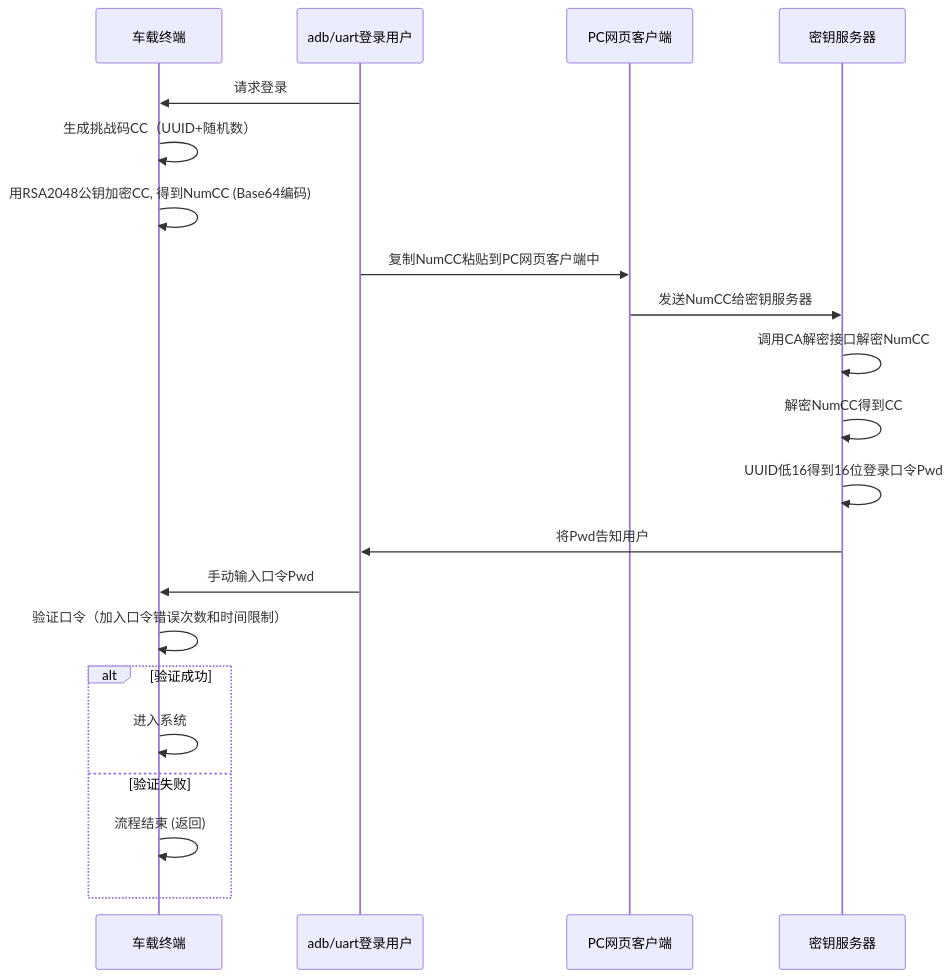
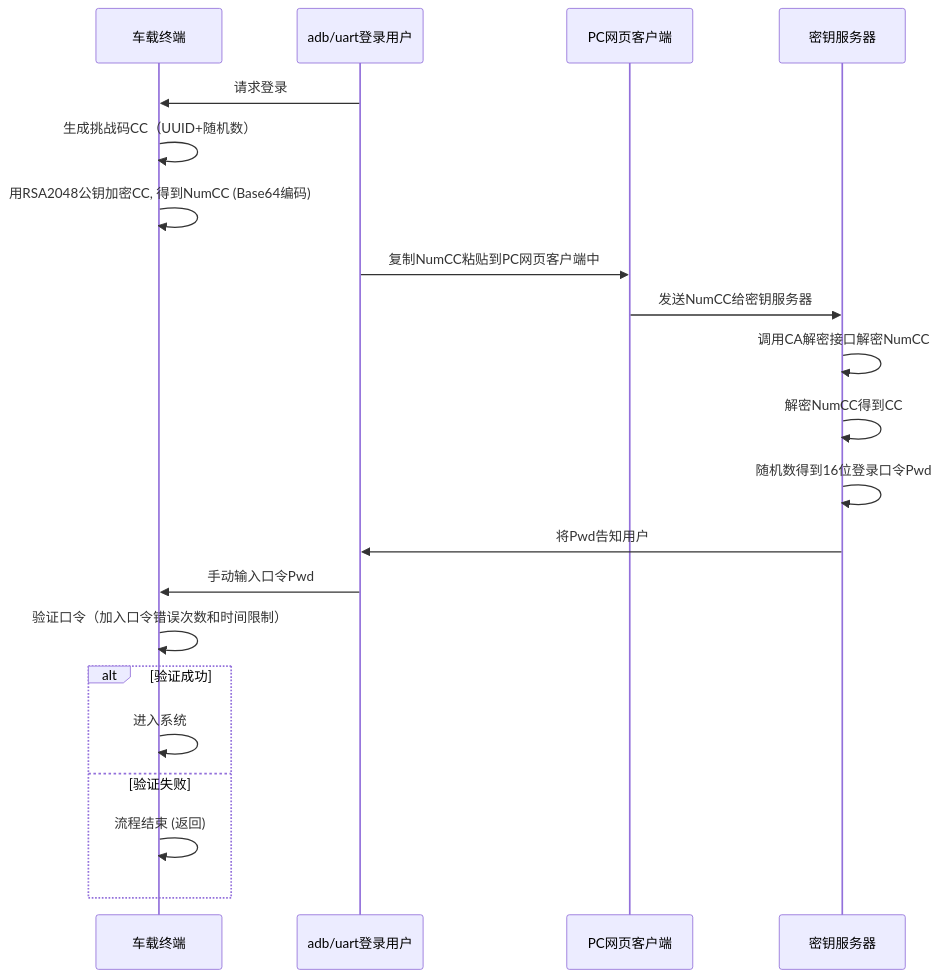
One commit to facebook-cloud/iodraw-files changed the diagram in all/未命名-14.md. Above: the diagram before and after it, drawn with Mermaid.

Commit message:
2026-02-03 13:35:29 update

````diff
--- a/all/未命名-14.md
+++ b/all/未命名-14.md
@@ -1,27 +1,27 @@
 ```mermaid
 sequenceDiagram
     participant tbox as 车载终端
     participant user as adb/uart登录用户
     participant pc as PC网页客户端
     participant tech_center as 密钥服务器
   
 
     user->>tbox: 请求登录
     tbox->>tbox: 生成挑战码CC（UUID+随机数）
     tbox->>tbox: 用RSA2048公钥加密CC, 得到NumCC (Base64编码)
     user->>pc: 复制NumCC粘贴到PC网页客户端中
     pc->>tech_center: 发送NumCC给密钥服务器
     tech_center->>tech_center: 调用CA解密接口解密NumCC
     tech_center->>tech_center: 解密NumCC得到CC
-    tech_center->>tech_center: UUID低16得到16位登录口令Pwd
+    tech_center->>tech_center: 随机数得到16位登录口令Pwd
     tech_center->>user: 将Pwd告知用户
     user->>tbox: 手动输入口令Pwd
     tbox->>tbox: 验证口令（加入口令错误次数和时间限制）
     alt 验证成功
         tbox->>tbox: 进入系统
     else 验证失败
         tbox->>tbox: 流程结束 (返回)
     end
 
 
 ```
````
